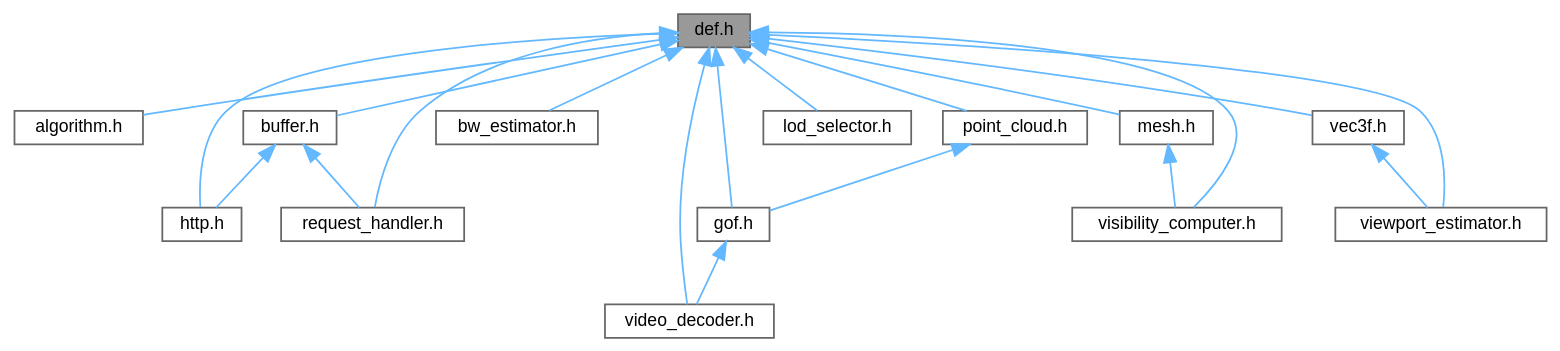
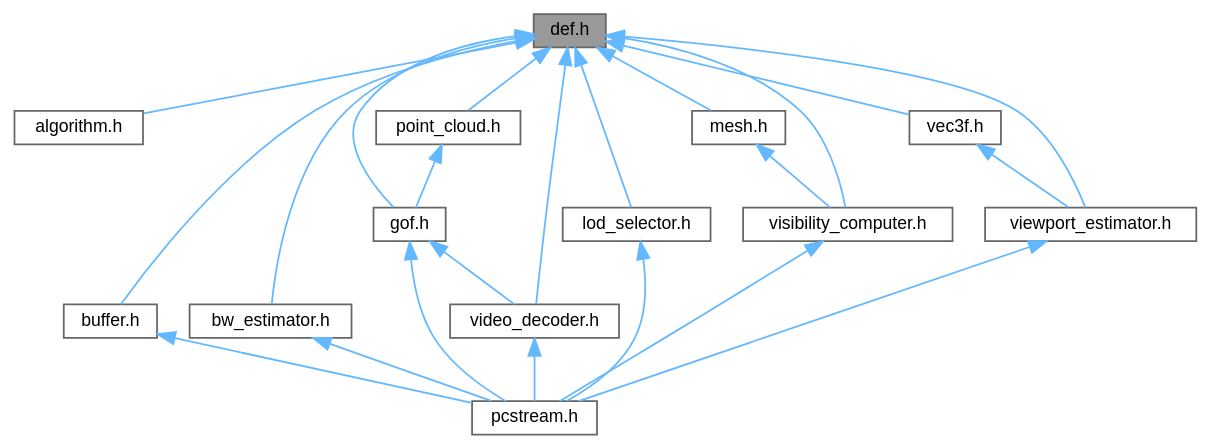
Before and after one commit to QuangNguyenLong/pcstream: the diagram in def_8h__dep__incl.dot, drawn with Graphviz. The commit also changed 88 other files, not shown here.

```diff
--- a/def_8h__dep__incl.dot
+++ b/def_8h__dep__incl.dot
@@ -1,40 +1,42 @@
 digraph "def.h"
 {
  // LATEX_PDF_SIZE
   bgcolor="transparent";
   edge [fontname=Helvetica,fontsize=10,labelfontname=Helvetica,labelfontsize=10];
   node [fontname=Helvetica,fontsize=10,shape=box,height=0.2,width=0.4];
   Node1 [id="Node000001",label="def.h",height=0.2,width=0.4,color="gray40", fillcolor="grey60", style="filled", fontcolor="black",tooltip=" "];
   Node1 -> Node2 [id="edge1_Node000001_Node000002",dir="back",color="steelblue1",style="solid",tooltip=" "];
   Node2 [id="Node000002",label="algorithm.h",height=0.2,width=0.4,color="grey40", fillcolor="white", style="filled",URL="$algorithm_8h.html",tooltip=" "];
   Node1 -> Node3 [id="edge2_Node000001_Node000003",dir="back",color="steelblue1",style="solid",tooltip=" "];
   Node3 [id="Node000003",label="buffer.h",height=0.2,width=0.4,color="grey40", fillcolor="white", style="filled",URL="$buffer_8h.html",tooltip=" "];
   Node3 -> Node4 [id="edge3_Node000003_Node000004",dir="back",color="steelblue1",style="solid",tooltip=" "];
-  Node4 [id="Node000004",label="http.h",height=0.2,width=0.4,color="grey40", fillcolor="white", style="filled",URL="$http_8h.html",tooltip=" "];
-  Node3 -> Node5 [id="edge4_Node000003_Node000005",dir="back",color="steelblue1",style="solid",tooltip=" "];
-  Node5 [id="Node000005",label="request_handler.h",height=0.2,width=0.4,color="grey40", fillcolor="white", style="filled",URL="$request__handler_8h.html",tooltip=" "];
-  Node1 -> Node6 [id="edge5_Node000001_Node000006",dir="back",color="steelblue1",style="solid",tooltip=" "];
-  Node6 [id="Node000006",label="bw_estimator.h",height=0.2,width=0.4,color="grey40", fillcolor="white", style="filled",URL="$bw__estimator_8h.html",tooltip=" "];
-  Node1 -> Node7 [id="edge6_Node000001_Node000007",dir="back",color="steelblue1",style="solid",tooltip=" "];
-  Node7 [id="Node000007",label="gof.h",height=0.2,width=0.4,color="grey40", fillcolor="white", style="filled",URL="$gof_8h.html",tooltip=" "];
-  Node7 -> Node8 [id="edge7_Node000007_Node000008",dir="back",color="steelblue1",style="solid",tooltip=" "];
-  Node8 [id="Node000008",label="video_decoder.h",height=0.2,width=0.4,color="grey40", fillcolor="white", style="filled",URL="$video__decoder_8h.html",tooltip=" "];
-  Node1 -> Node4 [id="edge8_Node000001_Node000004",dir="back",color="steelblue1",style="solid",tooltip=" "];
-  Node1 -> Node9 [id="edge9_Node000001_Node000009",dir="back",color="steelblue1",style="solid",tooltip=" "];
-  Node9 [id="Node000009",label="lod_selector.h",height=0.2,width=0.4,color="grey40", fillcolor="white", style="filled",URL="$lod__selector_8h.html",tooltip=" "];
-  Node1 -> Node10 [id="edge10_Node000001_Node000010",dir="back",color="steelblue1",style="solid",tooltip=" "];
-  Node10 [id="Node000010",label="mesh.h",height=0.2,width=0.4,color="grey40", fillcolor="white", style="filled",URL="$mesh_8h.html",tooltip=" "];
-  Node10 -> Node11 [id="edge11_Node000010_Node000011",dir="back",color="steelblue1",style="solid",tooltip=" "];
-  Node11 [id="Node000011",label="visibility_computer.h",height=0.2,width=0.4,color="grey40", fillcolor="white", style="filled",URL="$visibility__computer_8h.html",tooltip=" "];
-  Node1 -> Node12 [id="edge12_Node000001_Node000012",dir="back",color="steelblue1",style="solid",tooltip=" "];
-  Node12 [id="Node000012",label="point_cloud.h",height=0.2,width=0.4,color="grey40", fillcolor="white", style="filled",URL="$point__cloud_8h.html",tooltip=" "];
-  Node12 -> Node7 [id="edge13_Node000012_Node000007",dir="back",color="steelblue1",style="solid",tooltip=" "];
-  Node1 -> Node5 [id="edge14_Node000001_Node000005",dir="back",color="steelblue1",style="solid",tooltip=" "];
-  Node1 -> Node13 [id="edge15_Node000001_Node000013",dir="back",color="steelblue1",style="solid",tooltip=" "];
-  Node13 [id="Node000013",label="vec3f.h",height=0.2,width=0.4,color="grey40", fillcolor="white", style="filled",URL="$vec3f_8h.html",tooltip=" "];
-  Node13 -> Node14 [id="edge16_Node000013_Node000014",dir="back",color="steelblue1",style="solid",tooltip=" "];
-  Node14 [id="Node000014",label="viewport_estimator.h",height=0.2,width=0.4,color="grey40", fillcolor="white", style="filled",URL="$viewport__estimator_8h.html",tooltip=" "];
-  Node1 -> Node8 [id="edge17_Node000001_Node000008",dir="back",color="steelblue1",style="solid",tooltip=" "];
-  Node1 -> Node14 [id="edge18_Node000001_Node000014",dir="back",color="steelblue1",style="solid",tooltip=" "];
-  Node1 -> Node11 [id="edge19_Node000001_Node000011",dir="back",color="steelblue1",style="solid",tooltip=" "];
+  Node4 [id="Node000004",label="pcstream.h",height=0.2,width=0.4,color="grey40", fillcolor="white", style="filled",URL="$pcstream_8h.html",tooltip=" "];
+  Node1 -> Node5 [id="edge4_Node000001_Node000005",dir="back",color="steelblue1",style="solid",tooltip=" "];
+  Node5 [id="Node000005",label="bw_estimator.h",height=0.2,width=0.4,color="grey40", fillcolor="white", style="filled",URL="$bw__estimator_8h.html",tooltip=" "];
+  Node5 -> Node4 [id="edge5_Node000005_Node000004",dir="back",color="steelblue1",style="solid",tooltip=" "];
+  Node1 -> Node6 [id="edge6_Node000001_Node000006",dir="back",color="steelblue1",style="solid",tooltip=" "];
+  Node6 [id="Node000006",label="gof.h",height=0.2,width=0.4,color="grey40", fillcolor="white", style="filled",URL="$gof_8h.html",tooltip=" "];
+  Node6 -> Node4 [id="edge7_Node000006_Node000004",dir="back",color="steelblue1",style="solid",tooltip=" "];
+  Node6 -> Node7 [id="edge8_Node000006_Node000007",dir="back",color="steelblue1",style="solid",tooltip=" "];
+  Node7 [id="Node000007",label="video_decoder.h",height=0.2,width=0.4,color="grey40", fillcolor="white", style="filled",URL="$video__decoder_8h.html",tooltip=" "];
+  Node7 -> Node4 [id="edge9_Node000007_Node000004",dir="back",color="steelblue1",style="solid",tooltip=" "];
+  Node1 -> Node8 [id="edge10_Node000001_Node000008",dir="back",color="steelblue1",style="solid",tooltip=" "];
+  Node8 [id="Node000008",label="lod_selector.h",height=0.2,width=0.4,color="grey40", fillcolor="white", style="filled",URL="$lod__selector_8h.html",tooltip=" "];
+  Node8 -> Node4 [id="edge11_Node000008_Node000004",dir="back",color="steelblue1",style="solid",tooltip=" "];
+  Node1 -> Node9 [id="edge12_Node000001_Node000009",dir="back",color="steelblue1",style="solid",tooltip=" "];
+  Node9 [id="Node000009",label="mesh.h",height=0.2,width=0.4,color="grey40", fillcolor="white", style="filled",URL="$mesh_8h.html",tooltip=" "];
+  Node9 -> Node10 [id="edge13_Node000009_Node000010",dir="back",color="steelblue1",style="solid",tooltip=" "];
+  Node10 [id="Node000010",label="visibility_computer.h",height=0.2,width=0.4,color="grey40", fillcolor="white", style="filled",URL="$visibility__computer_8h.html",tooltip=" "];
+  Node10 -> Node4 [id="edge14_Node000010_Node000004",dir="back",color="steelblue1",style="solid",tooltip=" "];
+  Node1 -> Node11 [id="edge15_Node000001_Node000011",dir="back",color="steelblue1",style="solid",tooltip=" "];
+  Node11 [id="Node000011",label="point_cloud.h",height=0.2,width=0.4,color="grey40", fillcolor="white", style="filled",URL="$point__cloud_8h.html",tooltip=" "];
+  Node11 -> Node6 [id="edge16_Node000011_Node000006",dir="back",color="steelblue1",style="solid",tooltip=" "];
+  Node1 -> Node12 [id="edge17_Node000001_Node000012",dir="back",color="steelblue1",style="solid",tooltip=" "];
+  Node12 [id="Node000012",label="vec3f.h",height=0.2,width=0.4,color="grey40", fillcolor="white", style="filled",URL="$vec3f_8h.html",tooltip=" "];
+  Node12 -> Node13 [id="edge18_Node000012_Node000013",dir="back",color="steelblue1",style="solid",tooltip=" "];
+  Node13 [id="Node000013",label="viewport_estimator.h",height=0.2,width=0.4,color="grey40", fillcolor="white", style="filled",URL="$viewport__estimator_8h.html",tooltip=" "];
+  Node13 -> Node4 [id="edge19_Node000013_Node000004",dir="back",color="steelblue1",style="solid",tooltip=" "];
+  Node1 -> Node7 [id="edge20_Node000001_Node000007",dir="back",color="steelblue1",style="solid",tooltip=" "];
+  Node1 -> Node13 [id="edge21_Node000001_Node000013",dir="back",color="steelblue1",style="solid",tooltip=" "];
+  Node1 -> Node10 [id="edge22_Node000001_Node000010",dir="back",color="steelblue1",style="solid",tooltip=" "];
 }
```
